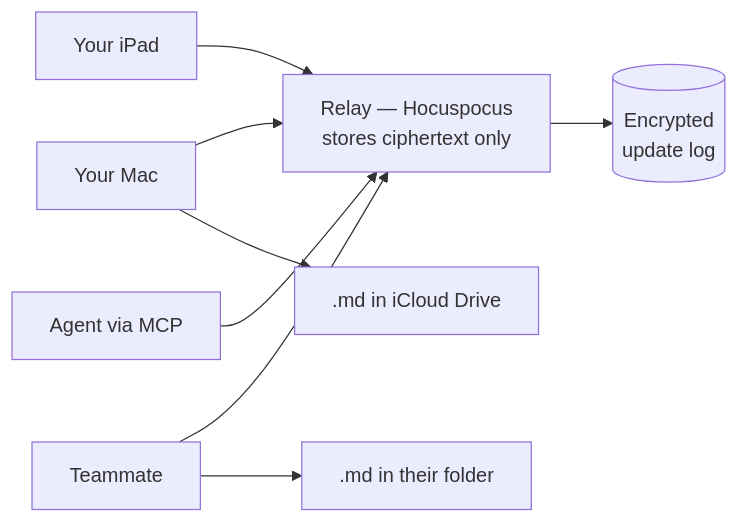
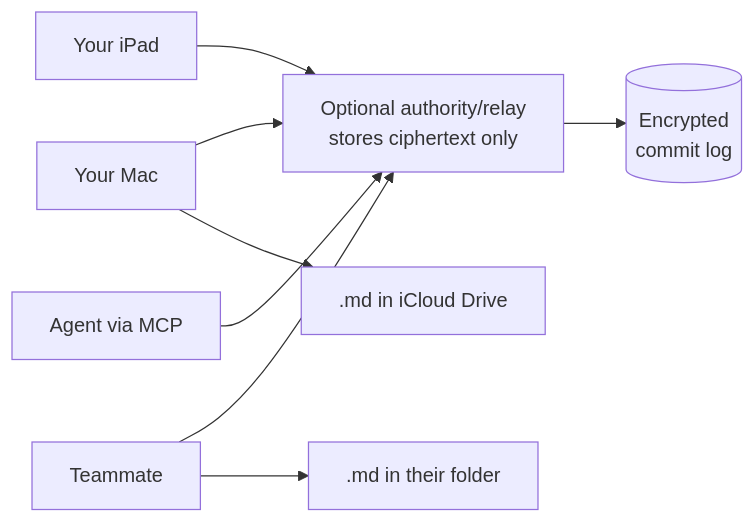
Before and after one commit to StevenRidder/simplemark-ci: the second of 2 diagrams in docs/COLLABORATION.md, drawn with Mermaid. The commit also changed other lines of this file and 20 other files, not shown here.

````diff
--- a/docs/COLLABORATION.md
+++ b/docs/COLLABORATION.md
@@ -153,10 +204,10 @@
 ```mermaid
 flowchart LR
   M["Your Mac"] --> R
   I["Your iPad"] --> R
   T["Teammate"] --> R
   A["Agent via MCP"] --> R
-  R["Relay — Hocuspocus<br/>stores ciphertext only"] --> P[("Encrypted<br/>update log")]
+  R["Optional authority/relay<br/>stores ciphertext only"] --> P[("Encrypted<br/>commit log")]
   M --> V1[".md in iCloud Drive"]
   T --> V2[".md in their folder"]
 ```
````
